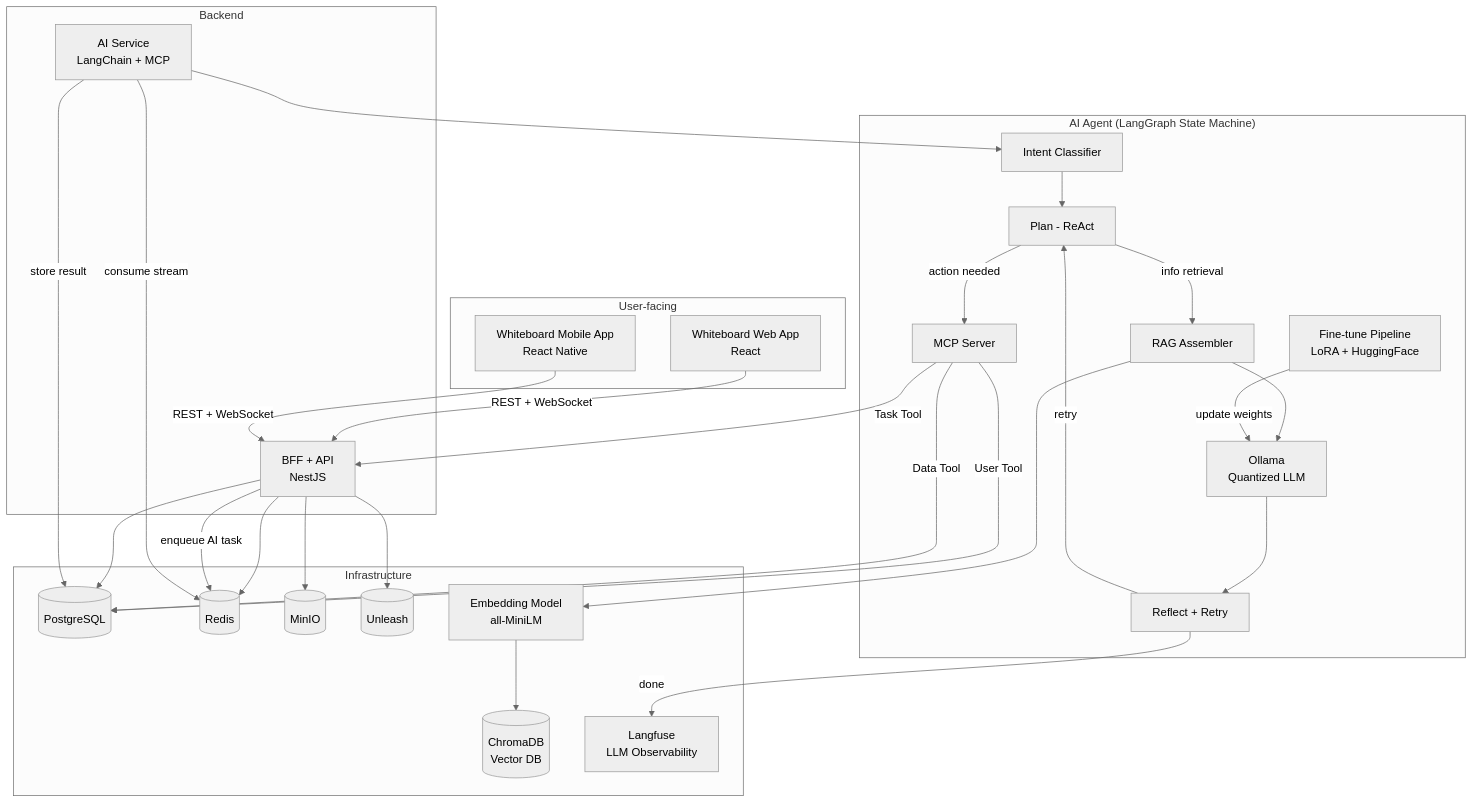
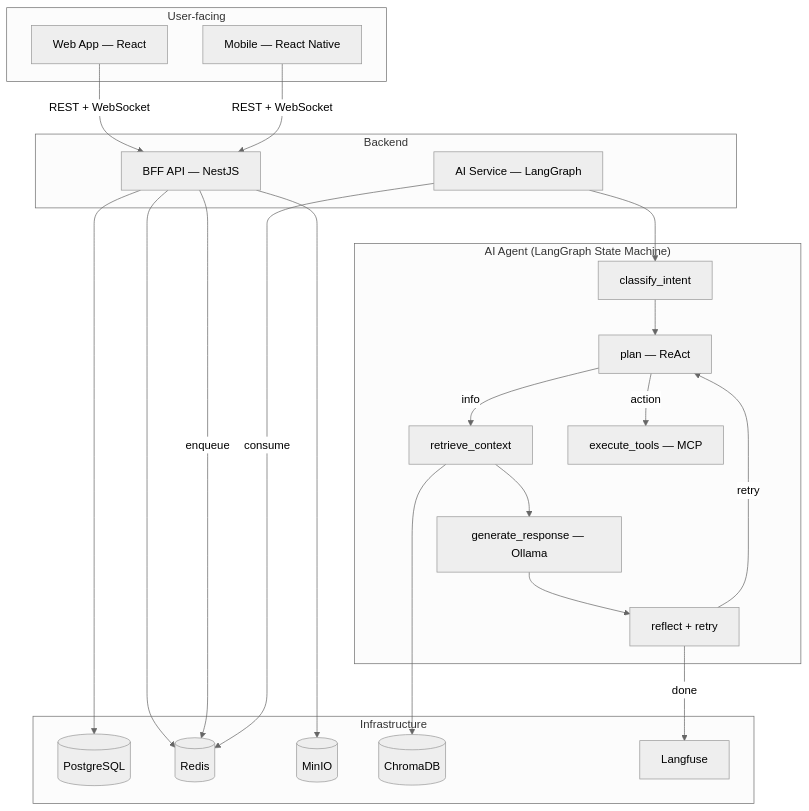
One commit to Eyolf6Coyote7/Eyolf6Coyote7 changed the first of 3 diagrams in docs/global_tech_stack.md. Above: the diagram before and after it, drawn with Mermaid (neutral theme). The commit also changed other lines of this file and 5 other files, not shown here.

````diff
--- a/docs/global_tech_stack.md
+++ b/docs/global_tech_stack.md
@@ -188,56 +70,43 @@
 ```mermaid
 graph TD
   subgraph "User-facing"
-    WEB[Whiteboard Web App<br/>React]
-    MOB[Whiteboard Mobile App<br/>React Native]
+    WEB[Web App — React]
+    MOB[Mobile — React Native]
   end
 
   subgraph "Backend"
-    BFF[BFF + API<br/>NestJS]
-    AIS[AI Service<br/>LangChain + MCP]
+    BFF[BFF API — NestJS]
+    AIS[AI Service — LangGraph]
   end
 
   subgraph "AI Agent (LangGraph State Machine)"
-    IC[Intent Classifier]
-    PLAN[Plan - ReAct]
-    RAG[RAG Assembler]
-    LLM[Ollama<br/>Quantized LLM]
-    MCP_S[MCP Server]
-    REFLECT[Reflect + Retry]
-    FT[Fine-tune Pipeline<br/>LoRA + HuggingFace]
+    IC[classify_intent]
+    PLAN[plan — ReAct]
+    RAG[retrieve_context]
+    EXEC[execute_tools — MCP]
+    LLM[generate_response — Ollama]
+    REFLECT[reflect + retry]
   end
 
   subgraph "Infrastructure"
     PG[(PostgreSQL)]
     RD[(Redis)]
     MIO[(MinIO)]
-    UL[(Unleash)]
-    VDB[(ChromaDB<br/>Vector DB)]
-    EMB[Embedding Model<br/>all-MiniLM]
-    LF[Langfuse<br/>LLM Observability]
+    VDB[(ChromaDB)]
+    LF[Langfuse]
   end
 
   WEB -->|REST + WebSocket| BFF
   MOB -->|REST + WebSocket| BFF
   BFF --> PG
   BFF --> RD
   BFF --> MIO
-  BFF --> UL
-  BFF -->|enqueue AI task| RD
-  AIS -->|consume stream| RD
-  AIS --> IC
-  IC --> PLAN
-  PLAN -->|info retrieval| RAG
-  PLAN -->|action needed| MCP_S
-  RAG --> EMB
-  EMB --> VDB
-  RAG --> LLM
-  MCP_S -->|User Tool| PG
-  MCP_S -->|Data Tool| PG
-  MCP_S -->|Task Tool| BFF
-  LLM --> REFLECT
+  BFF -->|enqueue| RD
+  AIS -->|consume| RD
+  AIS --> IC --> PLAN
+  PLAN -->|info| RAG --> VDB
+  PLAN -->|action| EXEC
+  RAG --> LLM --> REFLECT
   REFLECT -->|retry| PLAN
   REFLECT -->|done| LF
-  FT -->|update weights| LLM
-  AIS -->|store result| PG
 ```
````
